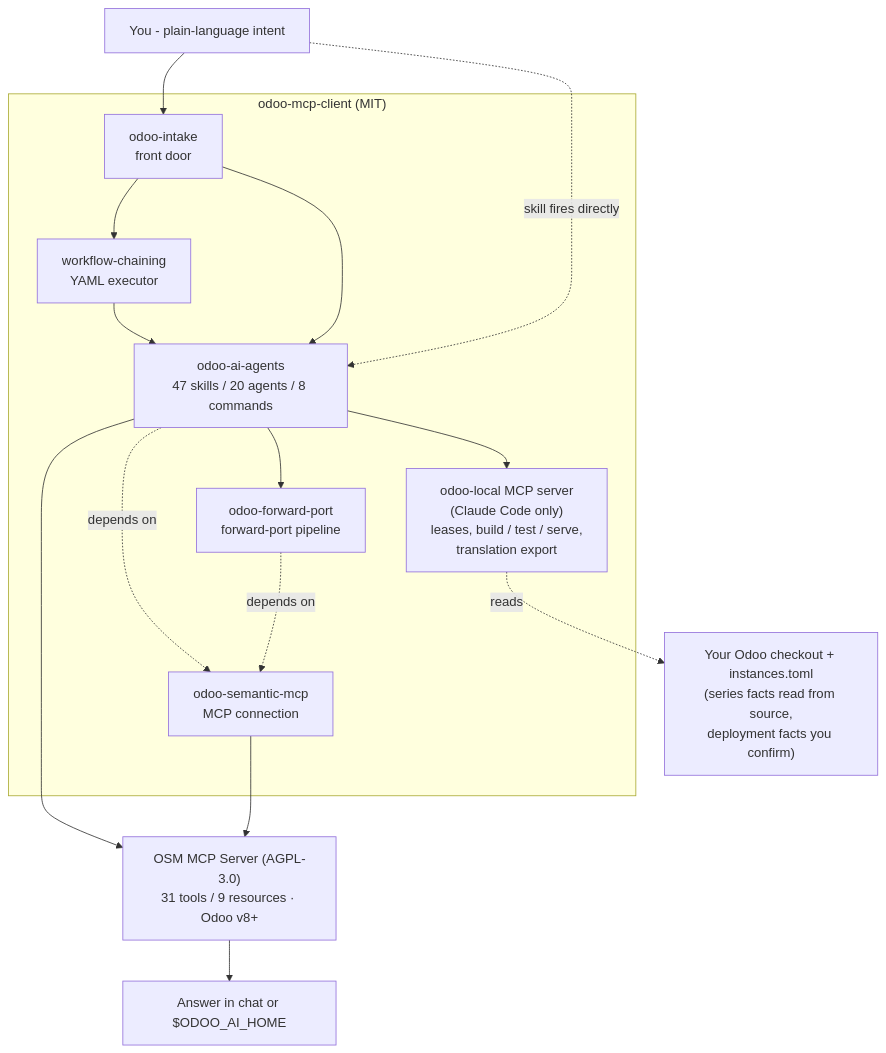
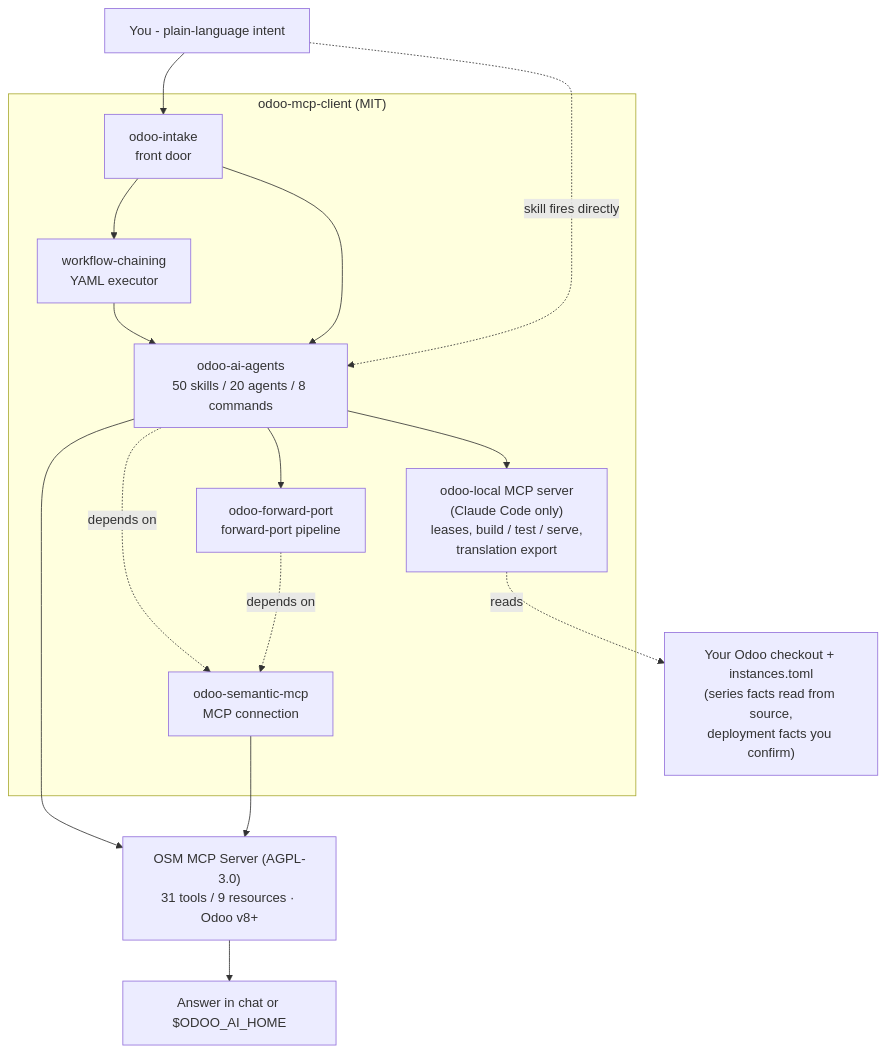
Before and after one commit to Viindoo/odoo-mcp-client: the diagram in README.md, drawn with Mermaid. The commit also changed other lines of this file and 5 other files, not shown here.

First line of the commit message:
fix(odoo-ai-agents): count the skills by their front doors

````diff
--- a/README.md
+++ b/README.md
@@ -13,30 +13,30 @@
 ```mermaid
 flowchart TD
     You["You - plain-language intent"]
 
     subgraph client["odoo-mcp-client (MIT)"]
         intake["odoo-intake<br/>front door"]
         wfrunner["workflow-chaining<br/>YAML executor"]
-        skills["odoo-ai-agents<br/>47 skills / 20 agents / 8 commands"]
+        skills["odoo-ai-agents<br/>50 skills / 20 agents / 8 commands"]
         fp["odoo-forward-port<br/>forward-port pipeline"]
         mcp["odoo-semantic-mcp<br/>MCP connection"]
         local["odoo-local MCP server<br/>(Claude Code only)<br/>leases, build / test / serve,<br/>translation export"]
         intake --> wfrunner --> skills
         intake --> skills
         skills --> fp
         skills -. depends on .-> mcp
         fp -. depends on .-> mcp
         skills --> local
     end
 
     server["OSM MCP Server (AGPL-3.0)<br/>31 tools / 9 resources · Odoo v8+"]
     checkout["Your Odoo checkout + instances.toml<br/>(series facts read from source,<br/>deployment facts you confirm)"]
     out["Answer in chat or $ODOO_AI_HOME"]
 
     You --> intake
     You -. "skill fires directly" .-> skills
     skills --> server
     mcp --> server
     server --> out
     local -. reads .-> checkout
 ```
````
